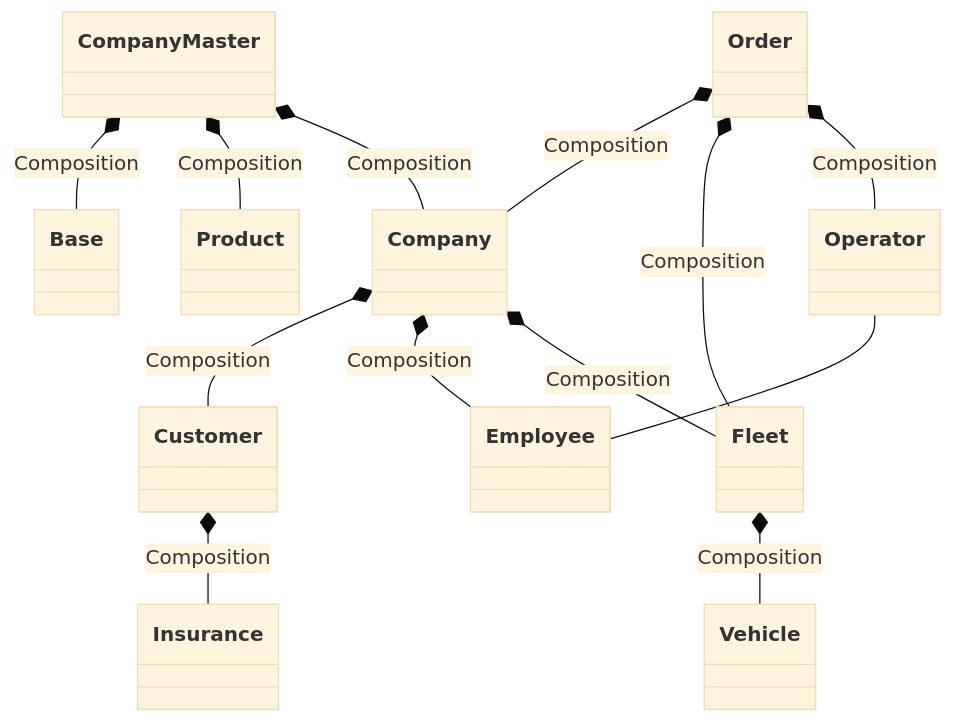
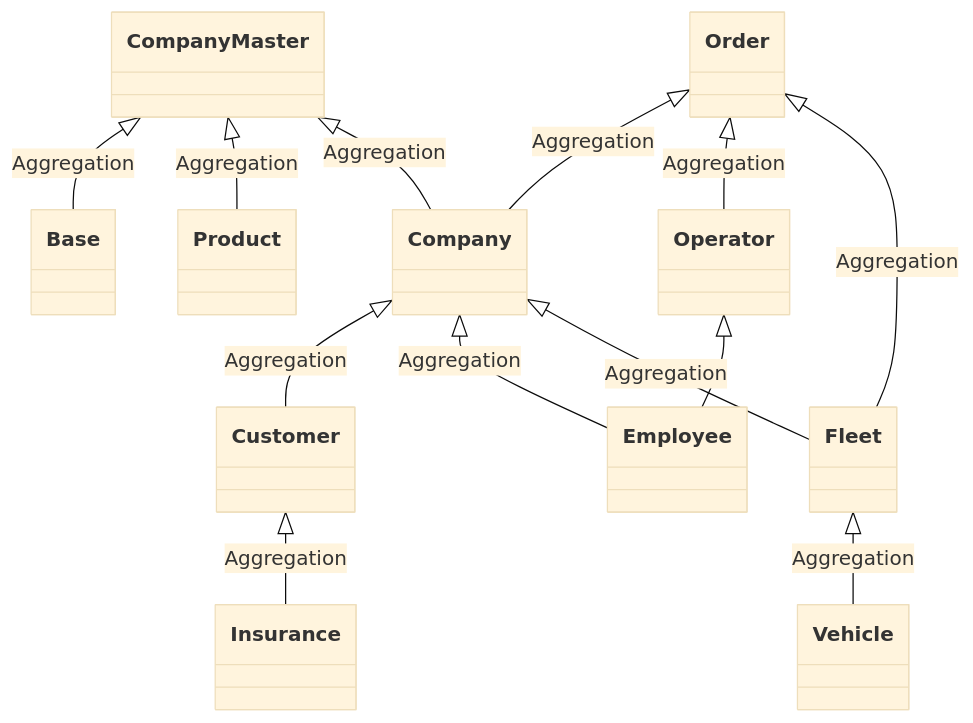
One commit to rarmero/appwebcifolavioleta changed the diagram in web/internship.qmd. Above: the diagram before and after it, drawn with Mermaid (base theme). The commit also changed other lines of this file, not shown here.

````diff
--- a/web/internship.qmd
+++ b/web/internship.qmd
@@ -80,28 +80,28 @@
 ```{mermaid}
 classDiagram
 
 class CompanyMaster 
 class Company 
 class Customer
 class Employee 
 class Insurance
 class Fleet
 class Base
 class Product
 class Vehicle
 class Order
 class Operator
 
-CompanyMaster *-- Base: Composition
-CompanyMaster *-- Product: Composition
-CompanyMaster *-- Company: Composition
-Company *-- Customer: Composition
-Company *-- Employee: Composition
-Company *-- Fleet: Composition
-Customer *-- Insurance: Composition
-Fleet *-- Vehicle: Composition
-Order *-- Company: Composition
-Order *-- Fleet: Composition
-Order *-- Operator: Composition
-Operator -- Employee
+CompanyMaster <|-- Base: Aggregation
+CompanyMaster <|-- Product: Aggregation
+CompanyMaster <|-- Company: Aggregation
+Company <|-- Customer: Aggregation
+Company <|-- Employee: Aggregation
+Company <|-- Fleet: Aggregation
+Customer <|-- Insurance: Aggregation
+Fleet <|-- Vehicle: Aggregation
+Order <|-- Company: Aggregation
+Order <|-- Operator: Aggregation
+Operator <|-- Employee
+Order <|-- Fleet: Aggregation
 ```
````
